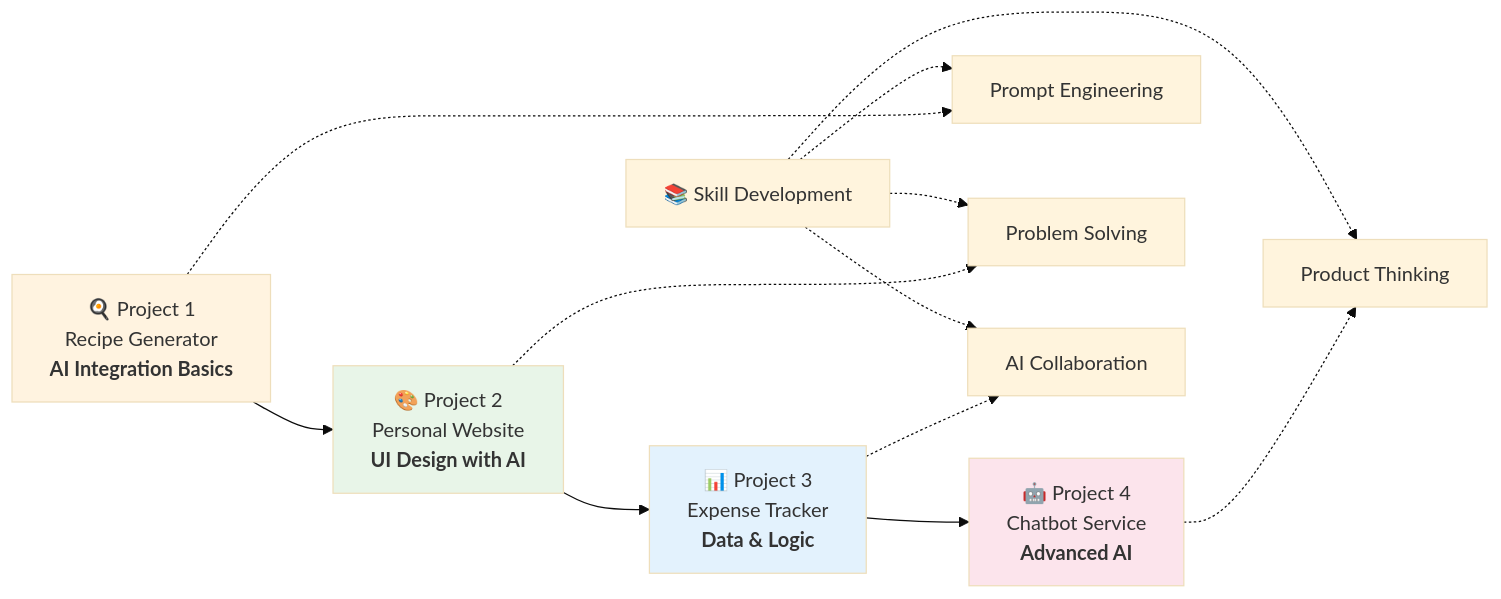
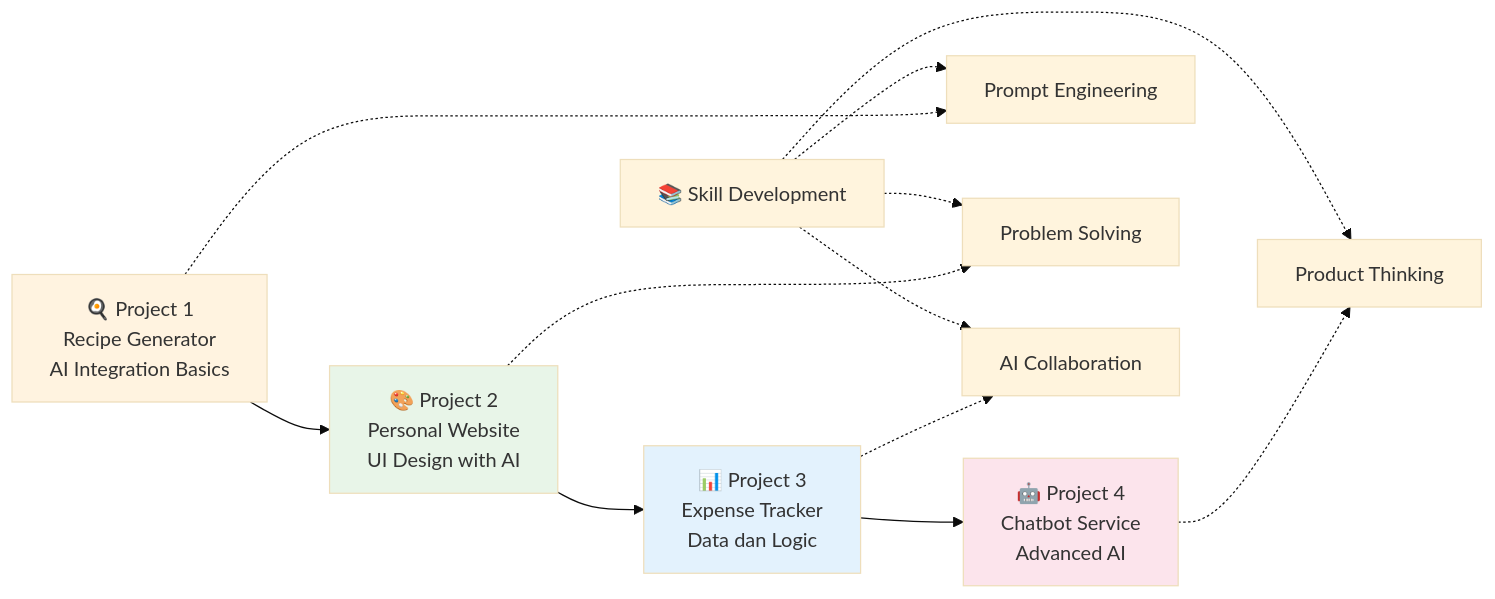
Before and after one commit to antonprafanto/vibecoding: the fourth of 6 diagrams in modul1pemula.md, drawn with Mermaid (base theme). The commit also changed other lines of this file, not shown here.

````diff
--- a/modul1pemula.md
+++ b/modul1pemula.md
@@ -318,24 +318,24 @@
 ```mermaid
 graph LR
-    A[🍳 Project 1<br/>Recipe Generator<br/><b>AI Integration Basics</b>] --> B[🎨 Project 2<br/>Personal Website<br/><b>UI Design with AI</b>]
+    A[🍳 Project 1<br/>Recipe Generator<br/>AI Integration Basics] --> B[🎨 Project 2<br/>Personal Website<br/>UI Design with AI]
     
-    B --> C[📊 Project 3<br/>Expense Tracker<br/><b>Data & Logic</b>]
+    B --> C[📊 Project 3<br/>Expense Tracker<br/>Data dan Logic]
     
-    C --> D[🤖 Project 4<br/>Chatbot Service<br/><b>Advanced AI</b>]
+    C --> D[🤖 Project 4<br/>Chatbot Service<br/>Advanced AI]
     
     E[📚 Skill Development] 
     E -.-> E1[Prompt Engineering]
     E -.-> E2[Problem Solving]  
     E -.-> E3[AI Collaboration]
     E -.-> E4[Product Thinking]
     
     A -.-> E1
     B -.-> E2
     C -.-> E3
     D -.-> E4
     
     style A fill:#fff3e0
     style B fill:#e8f5e8
     style C fill:#e3f2fd
     style D fill:#fce4ec
 ```
````
